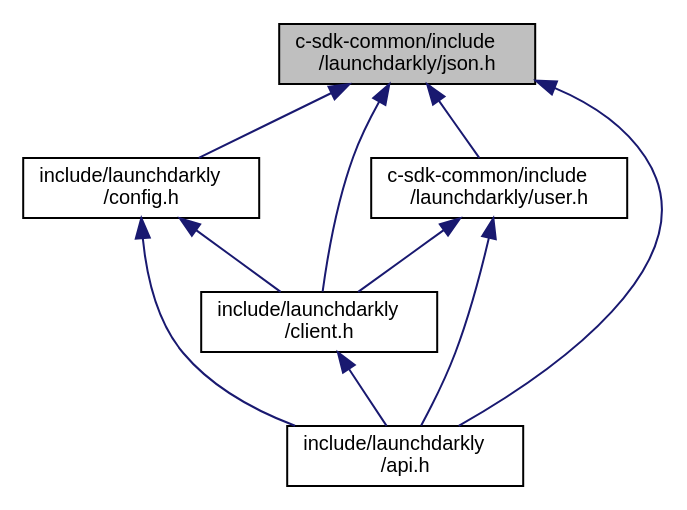
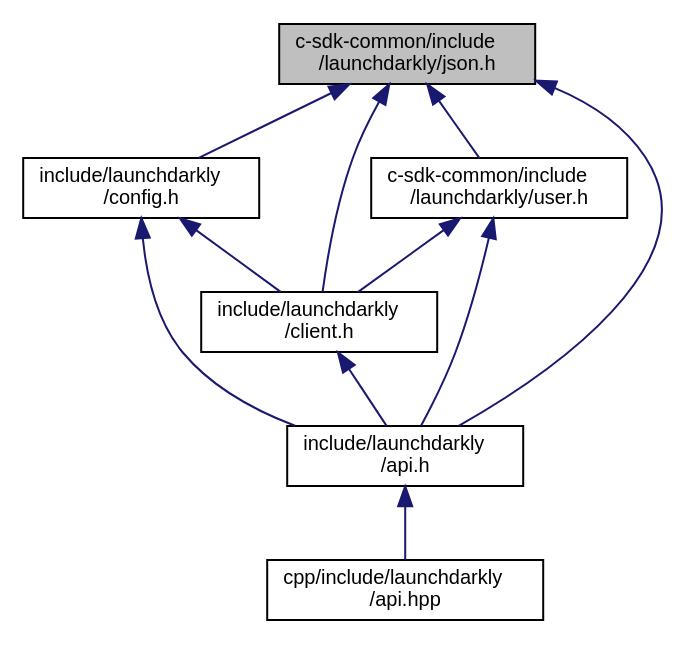
The diagram in json_8h__dep__incl.dot (launchdarkly/c-client-sdk), drawn with Graphviz before and after one commit. The commit also changed 97 other files, not shown here.

```diff
--- a/json_8h__dep__incl.dot
+++ b/json_8h__dep__incl.dot
@@ -1,19 +1,21 @@
 digraph "c-sdk-common/include/launchdarkly/json.h"
 {
   edge [fontname="Helvetica",fontsize="10",labelfontname="Helvetica",labelfontsize="10"];
   node [fontname="Helvetica",fontsize="10",shape=record];
   Node3 [label="c-sdk-common/include\l/launchdarkly/json.h",height=0.2,width=0.4,color="black", fillcolor="grey75", style="filled", fontcolor="black"];
   Node3 -> Node4 [dir="back",color="midnightblue",fontsize="10",style="solid",fontname="Helvetica"];
   Node4 [label="include/launchdarkly\l/config.h",height=0.2,width=0.4,color="black", fillcolor="white", style="filled",URL="$config_8h.html",tooltip="Public API Interface for Configuration. "];
   Node4 -> Node5 [dir="back",color="midnightblue",fontsize="10",style="solid",fontname="Helvetica"];
   Node5 [label="include/launchdarkly\l/client.h",height=0.2,width=0.4,color="black", fillcolor="white", style="filled",URL="$client_8h.html",tooltip="Public Client control and variations. "];
   Node5 -> Node6 [dir="back",color="midnightblue",fontsize="10",style="solid",fontname="Helvetica"];
   Node6 [label="include/launchdarkly\l/api.h",height=0.2,width=0.4,color="black", fillcolor="white", style="filled",URL="$api_8h.html",tooltip="Public API. Include this for every public operation. "];
+  Node6 -> Node7 [dir="back",color="midnightblue",fontsize="10",style="solid",fontname="Helvetica"];
+  Node7 [label="cpp/include/launchdarkly\l/api.hpp",height=0.2,width=0.4,color="black", fillcolor="white", style="filled",URL="$api_8hpp.html",tooltip="Public C++ bindings for the LaunchDarkly Client Side C/C++ SDK. "];
   Node4 -> Node6 [dir="back",color="midnightblue",fontsize="10",style="solid",fontname="Helvetica"];
   Node3 -> Node5 [dir="back",color="midnightblue",fontsize="10",style="solid",fontname="Helvetica"];
-  Node3 -> Node7 [dir="back",color="midnightblue",fontsize="10",style="solid",fontname="Helvetica"];
-  Node7 [label="c-sdk-common/include\l/launchdarkly/user.h",height=0.2,width=0.4,color="black", fillcolor="white", style="filled",URL="$user_8h.html",tooltip="Public API Interface for User construction. "];
-  Node7 -> Node5 [dir="back",color="midnightblue",fontsize="10",style="solid",fontname="Helvetica"];
-  Node7 -> Node6 [dir="back",color="midnightblue",fontsize="10",style="solid",fontname="Helvetica"];
+  Node3 -> Node8 [dir="back",color="midnightblue",fontsize="10",style="solid",fontname="Helvetica"];
+  Node8 [label="c-sdk-common/include\l/launchdarkly/user.h",height=0.2,width=0.4,color="black", fillcolor="white", style="filled",URL="$user_8h.html",tooltip="Public API Interface for User construction. "];
+  Node8 -> Node5 [dir="back",color="midnightblue",fontsize="10",style="solid",fontname="Helvetica"];
+  Node8 -> Node6 [dir="back",color="midnightblue",fontsize="10",style="solid",fontname="Helvetica"];
   Node3 -> Node6 [dir="back",color="midnightblue",fontsize="10",style="solid",fontname="Helvetica"];
 }
```
